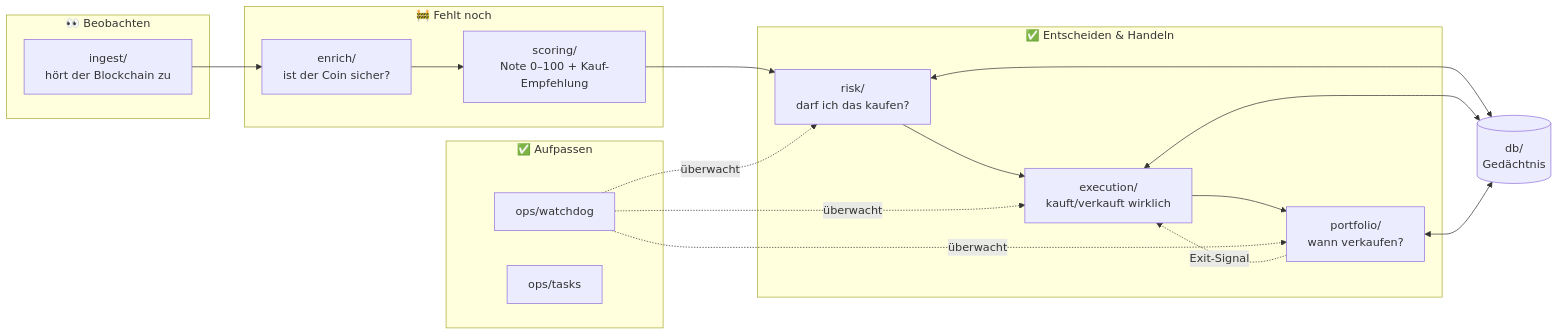
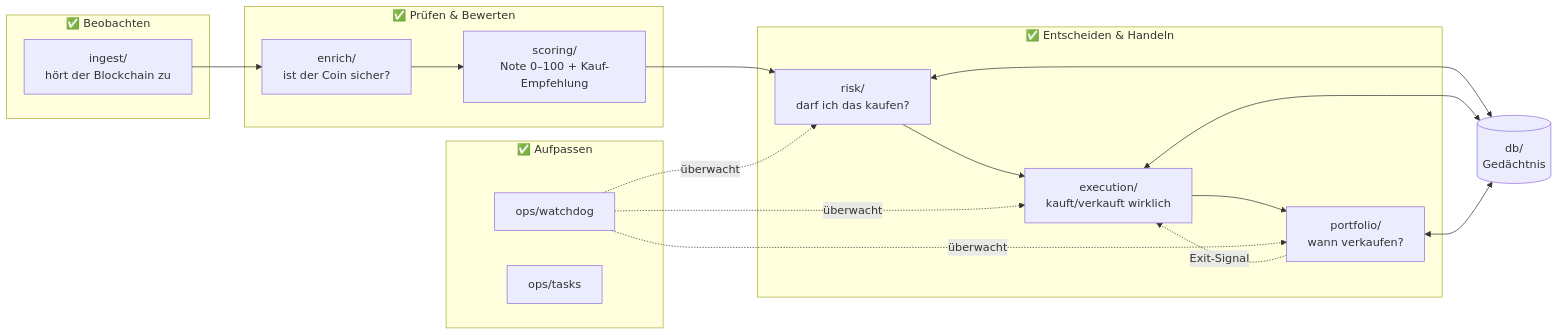
The diagram in docs/UEBERBLICK.md (luiswolny-dot/mca), drawn with Mermaid before and after one commit. The commit also changed other lines of this file and 11 other files, not shown here.

````diff
--- a/docs/UEBERBLICK.md
+++ b/docs/UEBERBLICK.md
@@ -32,25 +32,25 @@
 ```mermaid
 flowchart LR
-    subgraph W["👀 Beobachten"]
+    subgraph W["✅ Beobachten"]
         ING["ingest/<br/>hört der Blockchain zu"]
     end
-    subgraph M["🚧 Fehlt noch"]
+    subgraph M["✅ Prüfen & Bewerten"]
         ENR["enrich/<br/>ist der Coin sicher?"]
         SCO["scoring/<br/>Note 0–100 + Kauf-Empfehlung"]
     end
     subgraph E["✅ Entscheiden & Handeln"]
         RG["risk/<br/>darf ich das kaufen?"]
         EX["execution/<br/>kauft/verkauft wirklich"]
         PM["portfolio/<br/>wann verkaufen?"]
     end
     subgraph O["✅ Aufpassen"]
         WD["ops/watchdog"]
         SCH["ops/tasks"]
     end
     DB[("db/<br/>Gedächtnis")]
 
     ING --> ENR --> SCO --> RG --> EX --> PM
     PM -. Exit-Signal .-> EX
     RG & EX & PM <--> DB
     WD -. überwacht .-> RG & EX & PM
 ```
````
